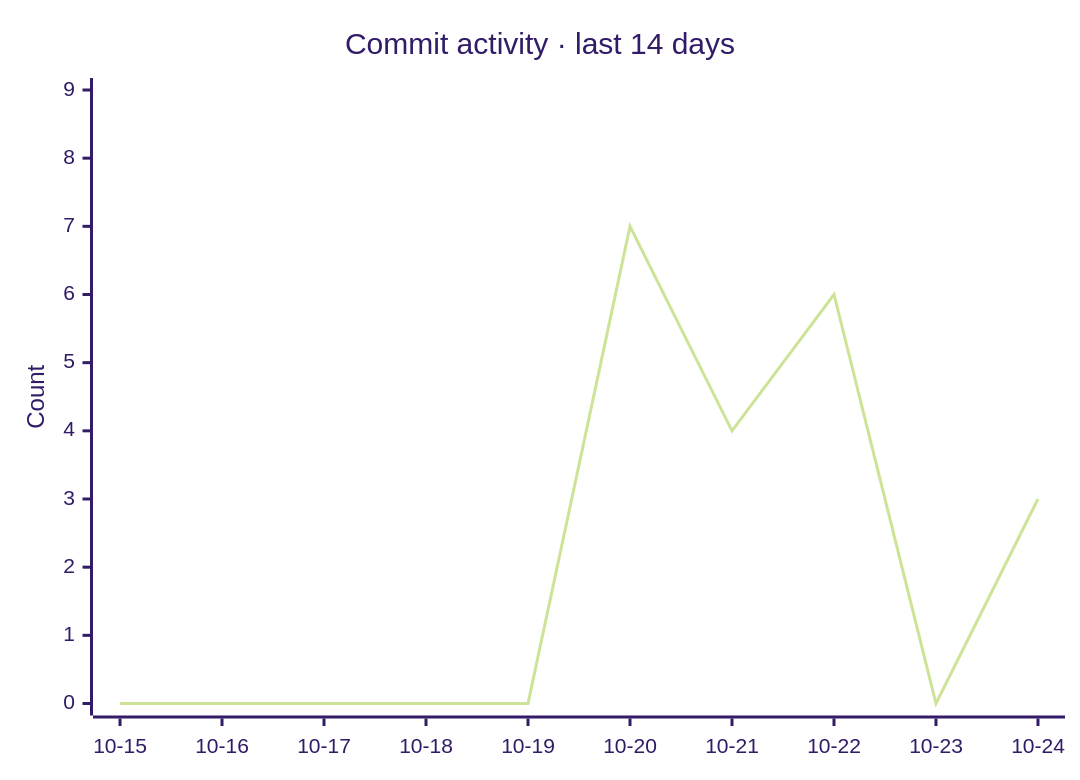
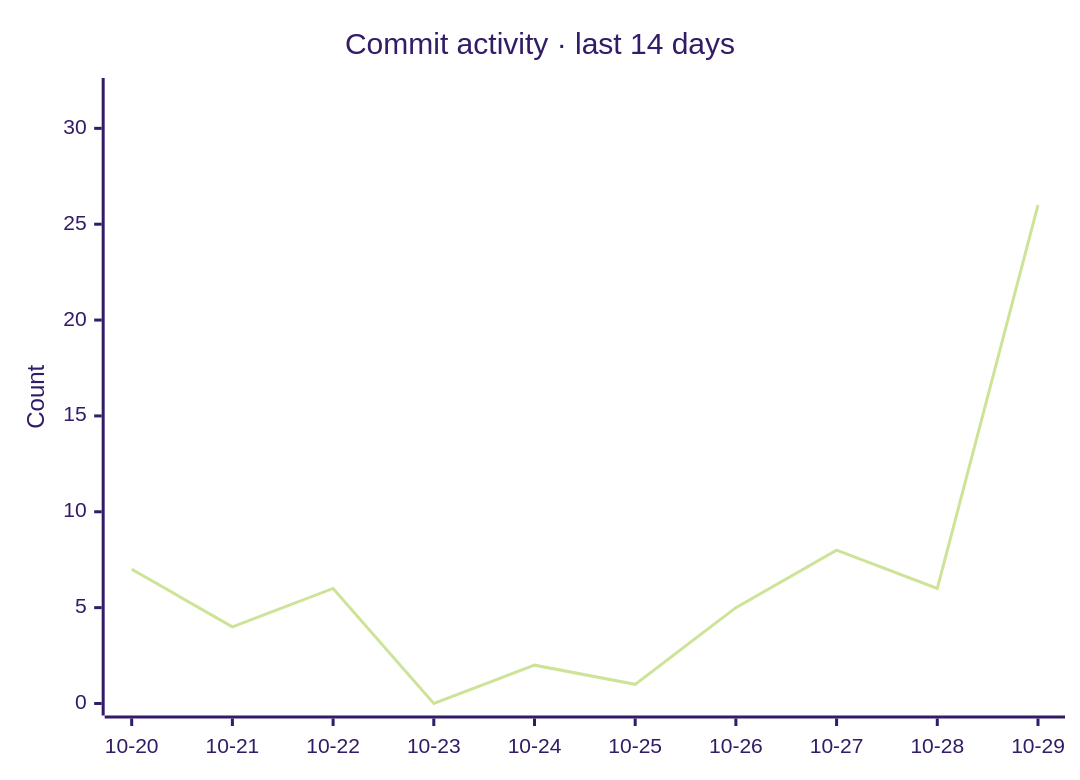
One commit to razzaqinspires/whiskay-bot changed the second of 2 diagrams in README.md. Above: the diagram before and after it, drawn with Mermaid (forest theme). The commit also changed other lines of this file and 2 other files, not shown here.

Commit message:
chore(metrics): refresh GitHub traffic and update timestamp [skip ci]

````diff
--- a/README.md
+++ b/README.md
@@ -329,7 +329,7 @@
 ```mermaid
 xychart-beta
     title "Commit activity · last 14 days"
-    x-axis ["10-15", "10-16", "10-17", "10-18", "10-19", "10-20", "10-21", "10-22", "10-23", "10-24"]
-    y-axis "Count" 0 --> 9
-    line [0, 0, 0, 0, 0, 7, 4, 6, 0, 3]
+    x-axis ["10-20", "10-21", "10-22", "10-23", "10-24", "10-25", "10-26", "10-27", "10-28", "10-29"]
+    y-axis "Count" 0 --> 32
+    line [7, 4, 6, 0, 2, 1, 5, 8, 6, 26]
 ```
````
